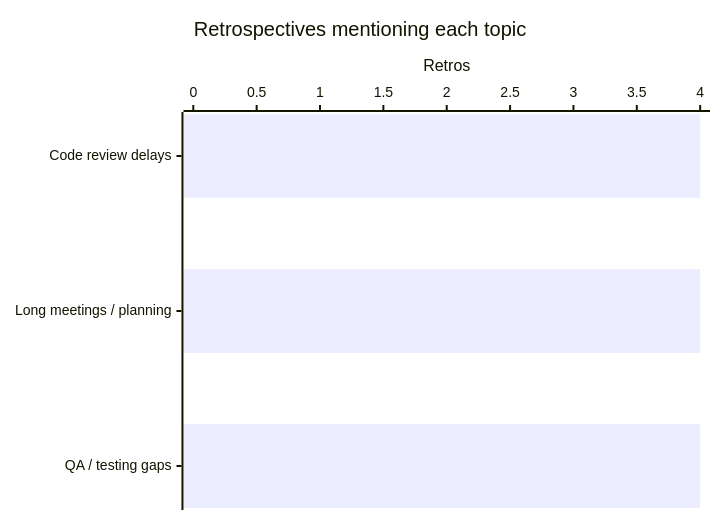
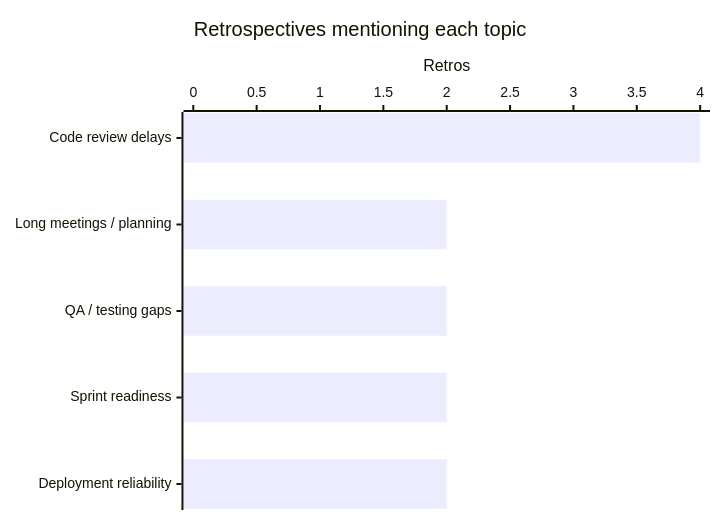
One commit to IslamFathyy/retro-lab changed the second of 2 diagrams in docs/reminders/latest-report.md. Above: the diagram before and after it, drawn with Mermaid. The commit also changed other lines of this file and 3 other files, not shown here.

````diff
--- a/docs/reminders/latest-report.md
+++ b/docs/reminders/latest-report.md
@@ -46,7 +48,7 @@
 ```mermaid
 xychart-beta horizontal
     title "Retrospectives mentioning each topic"
-    x-axis ["Code review delays", "Long meetings / planning", "QA / testing gaps"]
+    x-axis ["Code review delays", "Long meetings / planning", "QA / testing gaps", "Sprint readiness", "Deployment reliability"]
     y-axis "Retros" 0 --> 4
-    bar [4, 4, 4]
+    bar [4, 2, 2, 2, 2]
 ```
````
